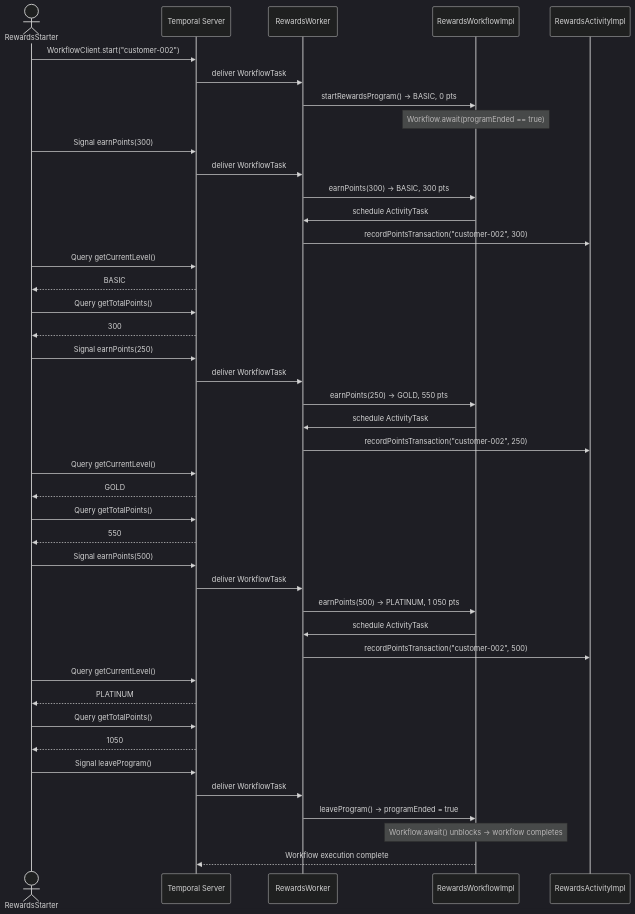
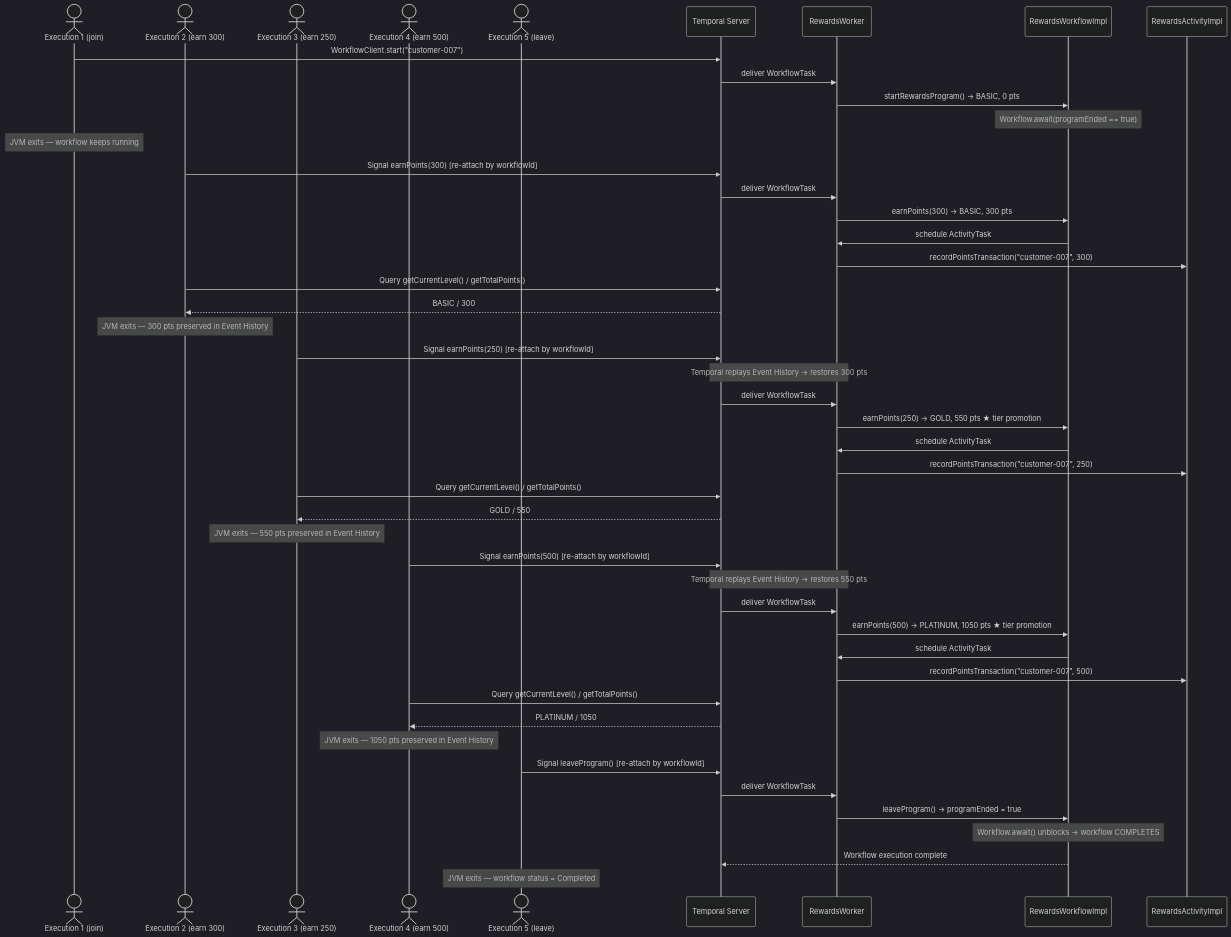
One commit to pravinbhat/temporal_rewards_program_demo changed the second of 3 diagrams in README.md. Above: the diagram before and after it, drawn with Mermaid (dark theme). The commit also changed other lines of this file and 3 other files, not shown here.

Commit message:
Implemented multi-execution flow.

````diff
--- a/README.md
+++ b/README.md
@@ -187,52 +260,54 @@
 ```mermaid
 sequenceDiagram
-    actor S as RewardsStarter
+    actor E1 as Execution 1 (join)
+    actor E2 as Execution 2 (earn 300)
+    actor E3 as Execution 3 (earn 250)
+    actor E4 as Execution 4 (earn 500)
+    actor E5 as Execution 5 (leave)
     participant T as Temporal Server
     participant W as RewardsWorker
     participant WF as RewardsWorkflowImpl
     participant A as RewardsActivityImpl
 
-    S->>T: WorkflowClient.start("customer-002")
+    E1->>T: WorkflowClient.start("customer-007")
     T->>W: deliver WorkflowTask
     W->>WF: startRewardsProgram() → BASIC, 0 pts
     Note over WF: Workflow.await(programEnded == true)
+    Note over E1: JVM exits — workflow keeps running
 
-    S->>T: Signal earnPoints(300)
+    E2->>T: Signal earnPoints(300)  [re-attach by workflowId]
     T->>W: deliver WorkflowTask
     W->>WF: earnPoints(300) → BASIC, 300 pts
     WF->>W: schedule ActivityTask
-    W->>A: recordPointsTransaction("customer-002", 300)
+    W->>A: recordPointsTransaction("customer-007", 300)
+    E2->>T: Query getCurrentLevel() / getTotalPoints()
+    T-->>E2: BASIC / 300
+    Note over E2: JVM exits — 300 pts preserved in Event History
 
-    S->>T: Query getCurrentLevel()
-    T-->>S: BASIC
-    S->>T: Query getTotalPoints()
-    T-->>S: 300
+    E3->>T: Signal earnPoints(250)  [re-attach by workflowId]
+    Note over T,W: Temporal replays Event History → restores 300 pts
+    T->>W: deliver WorkflowTask
+    W->>WF: earnPoints(250) → GOLD, 550 pts  ★ tier promotion
+    WF->>W: schedule ActivityTask
+    W->>A: recordPointsTransaction("customer-007", 250)
+    E3->>T: Query getCurrentLevel() / getTotalPoints()
+    T-->>E3: GOLD / 550
+    Note over E3: JVM exits — 550 pts preserved in Event History
 
-    S->>T: Signal earnPoints(250)
+    E4->>T: Signal earnPoints(500)  [re-attach by workflowId]
+    Note over T,W: Temporal replays Event History → restores 550 pts
     T->>W: deliver WorkflowTask
-    W->>WF: earnPoints(250) → GOLD, 550 pts
+    W->>WF: earnPoints(500) → PLATINUM, 1050 pts  ★ tier promotion
     WF->>W: schedule ActivityTask
-    W->>A: recordPointsTransaction("customer-002", 250)
+    W->>A: recordPointsTransaction("customer-007", 500)
+    E4->>T: Query getCurrentLevel() / getTotalPoints()
+    T-->>E4: PLATINUM / 1050
+    Note over E4: JVM exits — 1050 pts preserved in Event History
 
-    S->>T: Query getCurrentLevel()
-    T-->>S: GOLD
-    S->>T: Query getTotalPoints()
-    T-->>S: 550
-
-    S->>T: Signal earnPoints(500)
-    T->>W: deliver WorkflowTask
-    W->>WF: earnPoints(500) → PLATINUM, 1 050 pts
-    WF->>W: schedule ActivityTask
-    W->>A: recordPointsTransaction("customer-002", 500)
-
-    S->>T: Query getCurrentLevel()
-    T-->>S: PLATINUM
-    S->>T: Query getTotalPoints()
-    T-->>S: 1050
-
-    S->>T: Signal leaveProgram()
+    E5->>T: Signal leaveProgram()  [re-attach by workflowId]
     T->>W: deliver WorkflowTask
     W->>WF: leaveProgram() → programEnded = true
-    Note over WF: Workflow.await() unblocks → workflow completes
+    Note over WF: Workflow.await() unblocks → workflow COMPLETES
     WF-->>T: Workflow execution complete
+    Note over E5: JVM exits — workflow status = Completed
 ```
````
